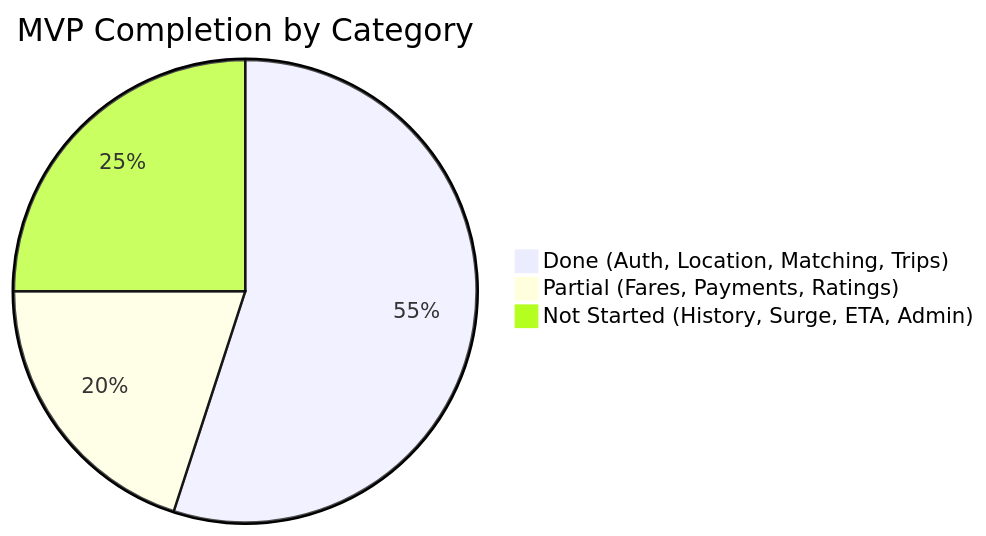
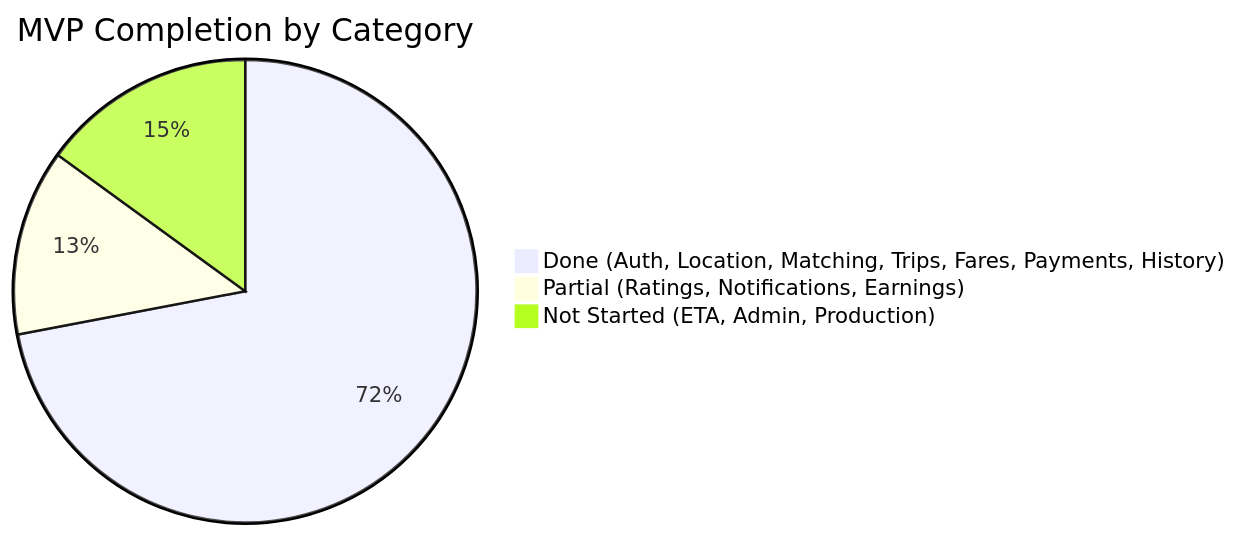
Before and after one commit to saitej-a/VahanGoBase: the third of 3 diagrams in Read.md, drawn with Mermaid. The commit also changed other lines of this file and 654 other files, not shown here.

````diff
--- a/Read.md
+++ b/Read.md
@@ -320,6 +365,6 @@
 ```mermaid
 pie title MVP Completion by Category
-    "Done (Auth, Location, Matching, Trips)" : 55
-    "Partial (Fares, Payments, Ratings)" : 20
-    "Not Started (History, Surge, ETA, Admin)" : 25
+    "Done (Auth, Location, Matching, Trips, Fares, Payments, History)" : 72
+    "Partial (Ratings, Notifications, Earnings)" : 13
+    "Not Started (ETA, Admin, Production)" : 15
 ```
````
